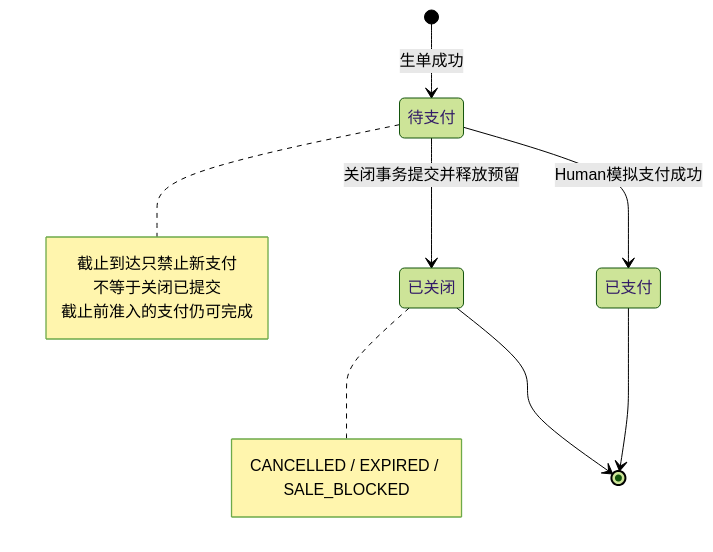
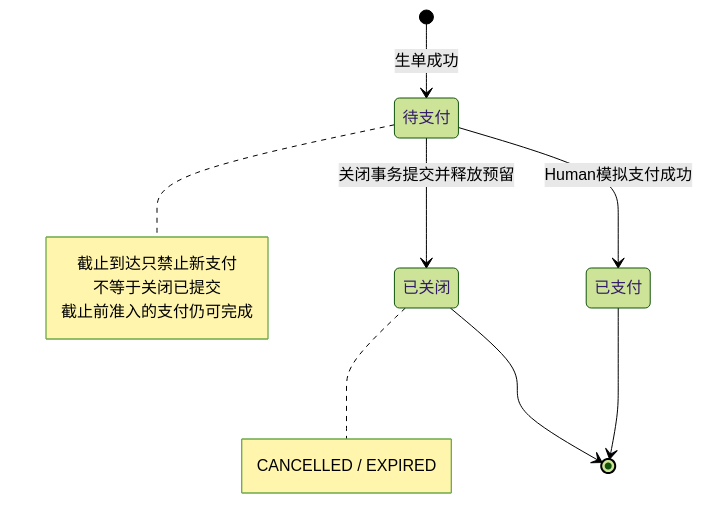
One commit to linshuohao/agent-ready-store changed the fourth of 14 diagrams in docs/engineering/TECHNICAL_DESIGN.md. Above: the diagram before and after it, drawn with Mermaid (forest theme). The commit also changed other lines of this file and 21 other files, not shown here.

````diff
--- a/docs/engineering/TECHNICAL_DESIGN.md
+++ b/docs/engineering/TECHNICAL_DESIGN.md
@@ -191,19 +191,19 @@
 ```mermaid
 stateDiagram-v2
     state "待支付" as Pending
     state "已支付" as Paid
     state "已关闭" as Closed
     [*] --> Pending: 生单成功
     Pending --> Paid: Human模拟支付成功
     Pending --> Closed: 关闭事务提交并释放预留
     note right of Pending
         截止到达只禁止新支付
         不等于关闭已提交
         截止前准入的支付仍可完成
     end note
     note right of Closed
-        CANCELLED / EXPIRED / SALE_BLOCKED
+        CANCELLED / EXPIRED
     end note
     Paid --> [*]
     Closed --> [*]
 ```
````
